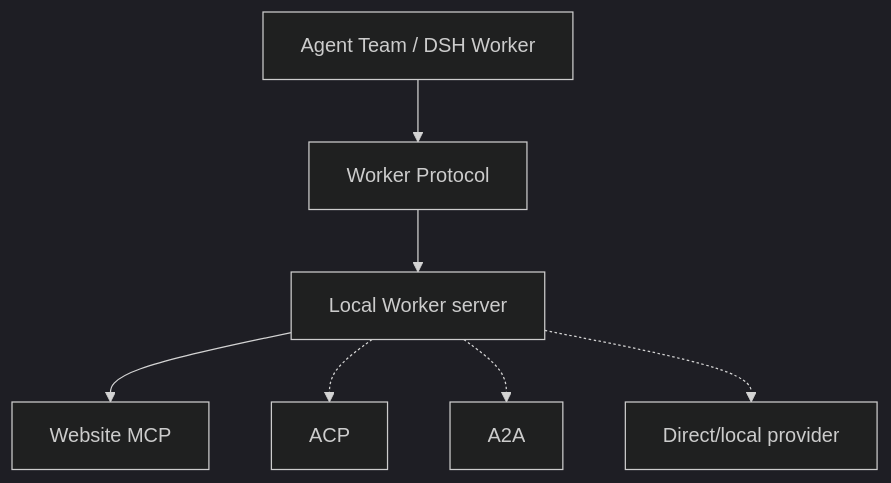
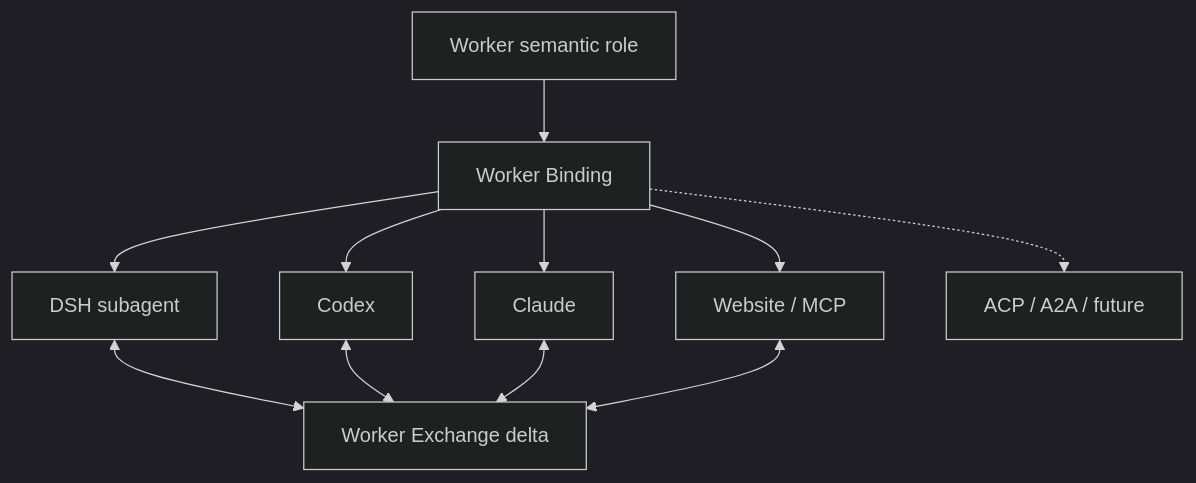
The third of 3 diagrams in docs/architecture/worker-boundaries.md (tsuuanmi/AgentOS), drawn with Mermaid (dark theme) before and after one commit. The commit also changed other lines of this file, not shown here.

Commit message:
docs: define agnostic Worker boundary

```diff
--- a/docs/architecture/worker-boundaries.md
+++ b/docs/architecture/worker-boundaries.md
@@ -239,14 +218,18 @@
 ~~~mermaid
 flowchart TB
-    Team[Agent Team / DSH Worker]
-    Protocol[Worker Protocol]
-    Server[Local Worker server]
+    Worker[Worker semantic role]
+    Binding[Worker Binding]
+    Exchange[Worker Exchange delta]
 
-    Team --> Protocol
-    Protocol --> Server
+    Worker --> Binding
+    Binding --> DSH[DSH subagent]
+    Binding --> Codex[Codex]
+    Binding --> Claude[Claude]
+    Binding --> Web[Website / MCP]
+    Binding -.-> Future[ACP / A2A / future]
 
-    Server --> MCP[Website MCP]
-    Server -.-> ACP[ACP]
-    Server -.-> A2A[A2A]
-    Server -.-> Direct[Direct/local provider]
+    DSH <--> Exchange
+    Codex <--> Exchange
+    Claude <--> Exchange
+    Web <--> Exchange
 ~~~
```
